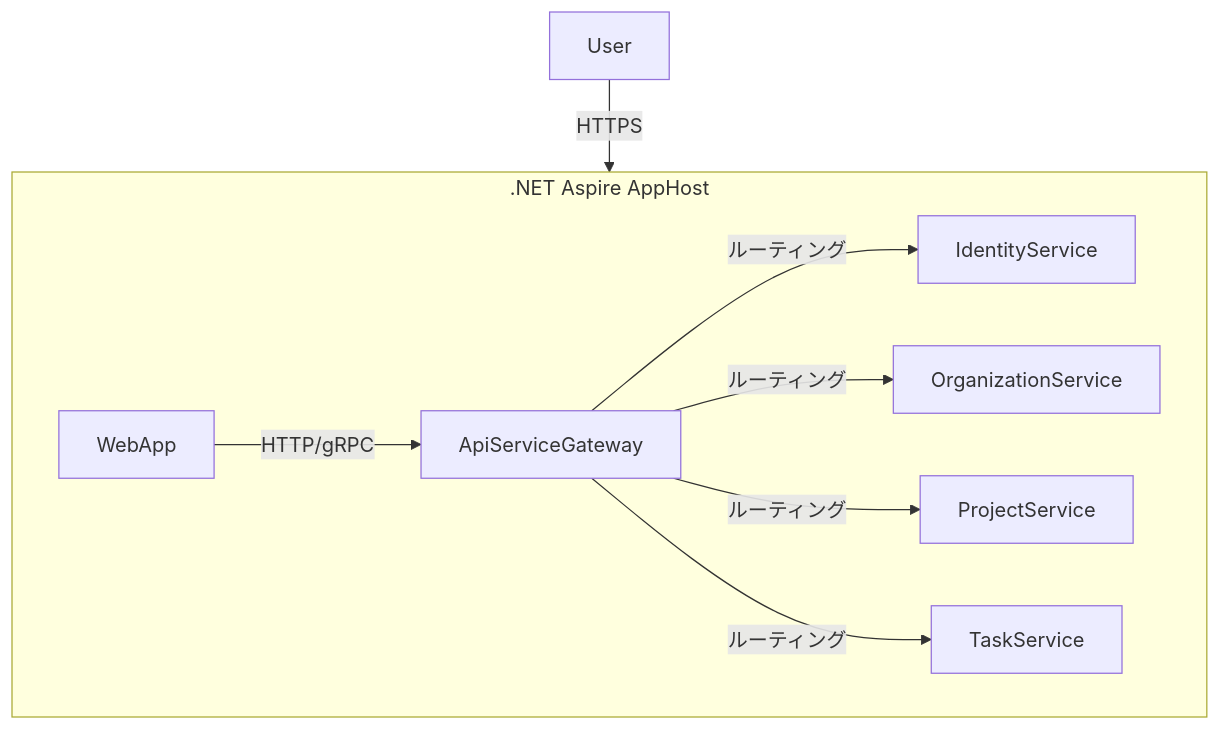
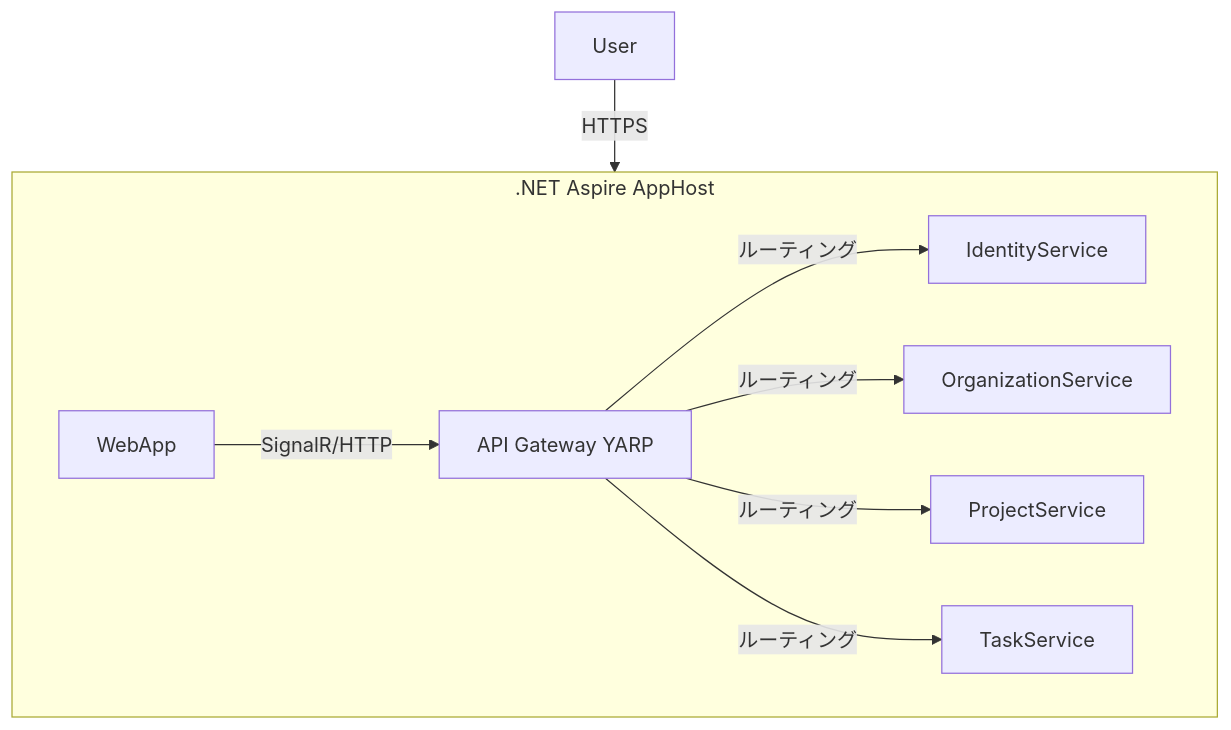
The diagram in README.md (MCK9595/ProjectManagementSystem), drawn with Mermaid before and after one commit. The commit also changed other lines of this file and 114 other files, not shown here.

````diff
--- a/README.md
+++ b/README.md
@@ -19,19 +19,19 @@
 ```mermaid
 graph TD
     subgraph .NET Aspire AppHost
         direction LR
         WebApp
-        ApiServiceGateway
+        YARP[API Gateway YARP]
         IdentityService
         OrganizationService
         ProjectService
         TaskService
     end
 
     User -- HTTPS --> WebApp
-    WebApp -- HTTP/gRPC --> ApiServiceGateway
-    ApiServiceGateway -- ルーティング --> IdentityService
-    ApiServiceGateway -- ルーティング --> OrganizationService
-    ApiServiceGateway -- ルーティング --> ProjectService
-    ApiServiceGateway -- ルーティング --> TaskService
+    WebApp -- SignalR/HTTP --> YARP
+    YARP -- ルーティング --> IdentityService
+    YARP -- ルーティング --> OrganizationService
+    YARP -- ルーティング --> ProjectService
+    YARP -- ルーティング --> TaskService
 ```
````
